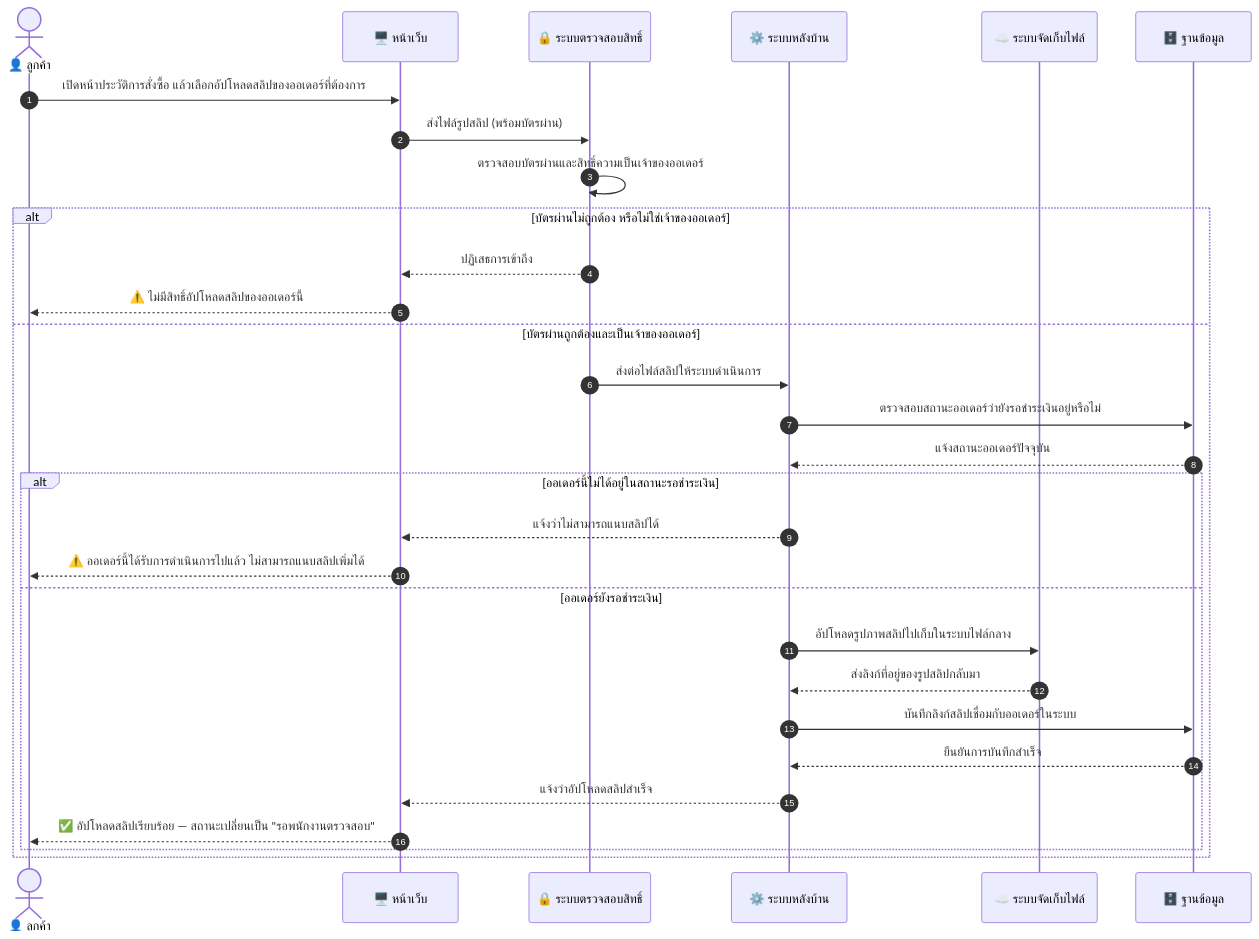
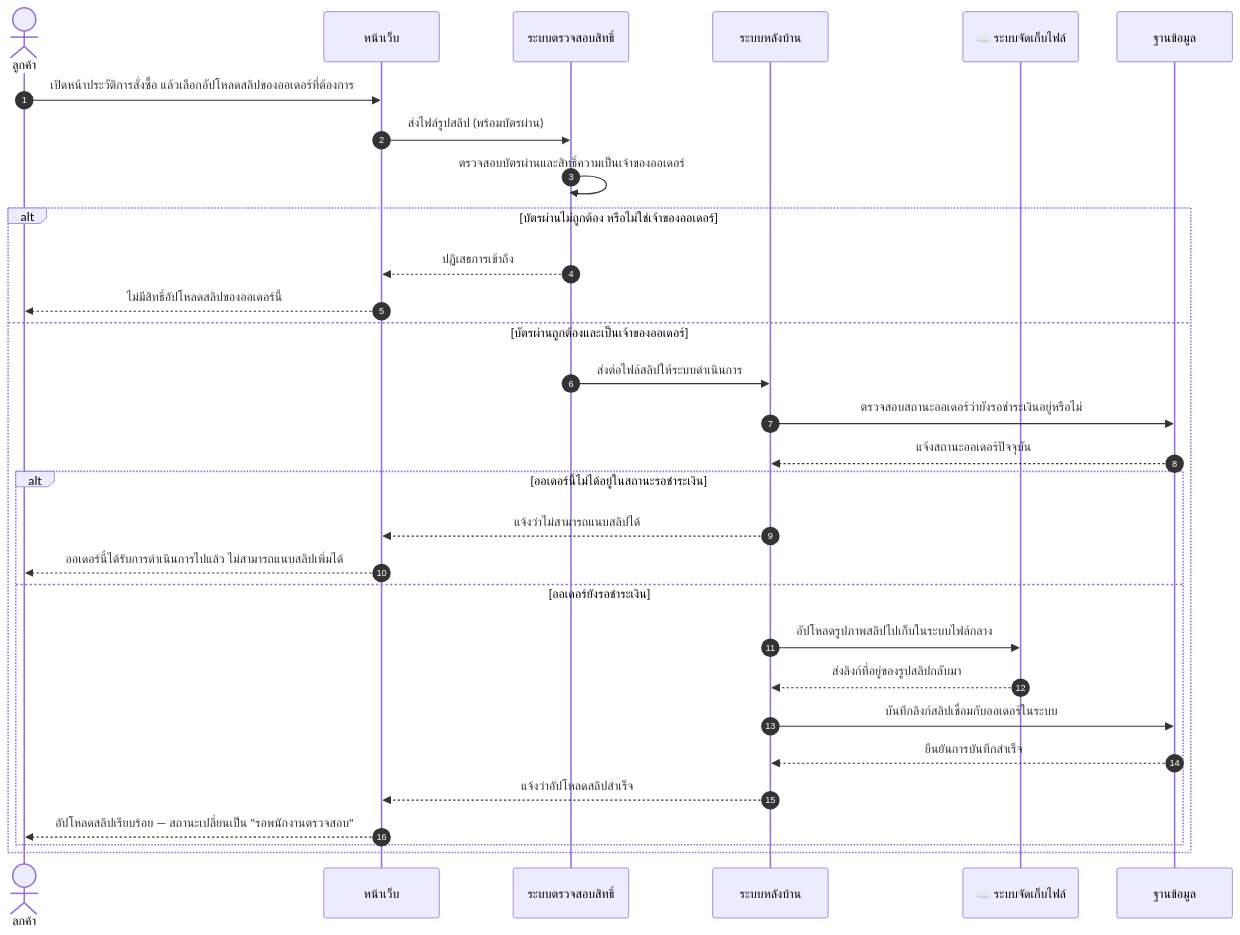
The seventh of 15 diagrams in diagram/Diagram.md (SupvichSpuGM/online-bookstore), drawn with Mermaid before and after one commit. The commit also changed other lines of this file and 1 other file, not shown here.

````diff
--- a/diagram/Diagram.md
+++ b/diagram/Diagram.md
@@ -454,33 +467,33 @@
 ```mermaid
 sequenceDiagram
-    autonumber
-    actor Customer as 👤 ลูกค้า
-    participant Web as 🖥️ หน้าเว็บ
-    participant Guard as 🔒 ระบบตรวจสอบสิทธิ์
-    participant App as ⚙️ ระบบหลังบ้าน
-    participant Storage as ☁️ ระบบจัดเก็บไฟล์
-    participant DB as 🗄️ ฐานข้อมูล
+  autonumber
+  actor Customer as ลูกค้า
+  participant Web as หน้าเว็บ
+  participant Guard as ระบบตรวจสอบสิทธิ์
+  participant App as ระบบหลังบ้าน
+  participant Storage as ☁️ ระบบจัดเก็บไฟล์
+  participant DB as ฐานข้อมูล
 
-    Customer->>Web: เปิดหน้าประวัติการสั่งซื้อ แล้วเลือกอัปโหลดสลิปของออเดอร์ที่ต้องการ
-    Web->>Guard: ส่งไฟล์รูปสลิป (พร้อมบัตรผ่าน)
-    Guard->>Guard: ตรวจสอบบัตรผ่านและสิทธิ์ความเป็นเจ้าของออเดอร์
-    alt บัตรผ่านไม่ถูกต้อง หรือไม่ใช่เจ้าของออเดอร์
-        Guard-->>Web: ปฏิเสธการเข้าถึง
-        Web-->>Customer: ⚠️ ไม่มีสิทธิ์อัปโหลดสลิปของออเดอร์นี้
-    else บัตรผ่านถูกต้องและเป็นเจ้าของออเดอร์
-        Guard->>App: ส่งต่อไฟล์สลิปให้ระบบดำเนินการ
-        App->>DB: ตรวจสอบสถานะออเดอร์ว่ายังรอชำระเงินอยู่หรือไม่
-        DB-->>App: แจ้งสถานะออเดอร์ปัจจุบัน
-        alt ออเดอร์นี้ไม่ได้อยู่ในสถานะรอชำระเงิน
-            App-->>Web: แจ้งว่าไม่สามารถแนบสลิปได้
-            Web-->>Customer: ⚠️ ออเดอร์นี้ได้รับการดำเนินการไปแล้ว ไม่สามารถแนบสลิปเพิ่มได้
-        else ออเดอร์ยังรอชำระเงิน
-            App->>Storage: อัปโหลดรูปภาพสลิปไปเก็บในระบบไฟล์กลาง
-            Storage-->>App: ส่งลิงก์ที่อยู่ของรูปสลิปกลับมา
-            App->>DB: บันทึกลิงก์สลิปเชื่อมกับออเดอร์ในระบบ
-            DB-->>App: ยืนยันการบันทึกสำเร็จ
-            App-->>Web: แจ้งว่าอัปโหลดสลิปสำเร็จ
-            Web-->>Customer: ✅ อัปโหลดสลิปเรียบร้อย — สถานะเปลี่ยนเป็น "รอพนักงานตรวจสอบ"
-        end
+  Customer->>Web: เปิดหน้าประวัติการสั่งซื้อ แล้วเลือกอัปโหลดสลิปของออเดอร์ที่ต้องการ
+  Web->>Guard: ส่งไฟล์รูปสลิป (พร้อมบัตรผ่าน)
+  Guard->>Guard: ตรวจสอบบัตรผ่านและสิทธิ์ความเป็นเจ้าของออเดอร์
+  alt บัตรผ่านไม่ถูกต้อง หรือไม่ใช่เจ้าของออเดอร์
+    Guard-->>Web: ปฏิเสธการเข้าถึง
+    Web-->>Customer: ไม่มีสิทธิ์อัปโหลดสลิปของออเดอร์นี้
+  else บัตรผ่านถูกต้องและเป็นเจ้าของออเดอร์
+    Guard->>App: ส่งต่อไฟล์สลิปให้ระบบดำเนินการ
+    App->>DB: ตรวจสอบสถานะออเดอร์ว่ายังรอชำระเงินอยู่หรือไม่
+    DB-->>App: แจ้งสถานะออเดอร์ปัจจุบัน
+    alt ออเดอร์นี้ไม่ได้อยู่ในสถานะรอชำระเงิน
+      App-->>Web: แจ้งว่าไม่สามารถแนบสลิปได้
+      Web-->>Customer: ออเดอร์นี้ได้รับการดำเนินการไปแล้ว ไม่สามารถแนบสลิปเพิ่มได้
+    else ออเดอร์ยังรอชำระเงิน
+      App->>Storage: อัปโหลดรูปภาพสลิปไปเก็บในระบบไฟล์กลาง
+      Storage-->>App: ส่งลิงก์ที่อยู่ของรูปสลิปกลับมา
+      App->>DB: บันทึกลิงก์สลิปเชื่อมกับออเดอร์ในระบบ
+      DB-->>App: ยืนยันการบันทึกสำเร็จ
+      App-->>Web: แจ้งว่าอัปโหลดสลิปสำเร็จ
+      Web-->>Customer: อัปโหลดสลิปเรียบร้อย — สถานะเปลี่ยนเป็น "รอพนักงานตรวจสอบ"
     end
+  end
 ```
````
